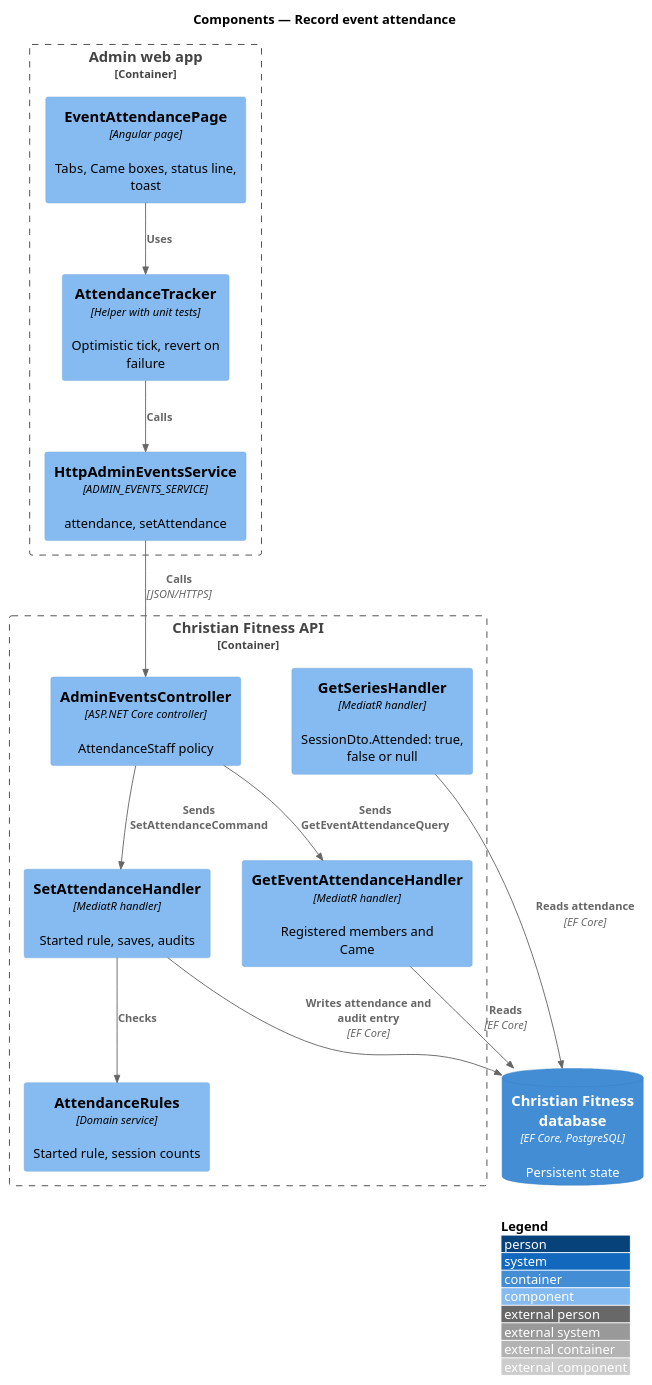
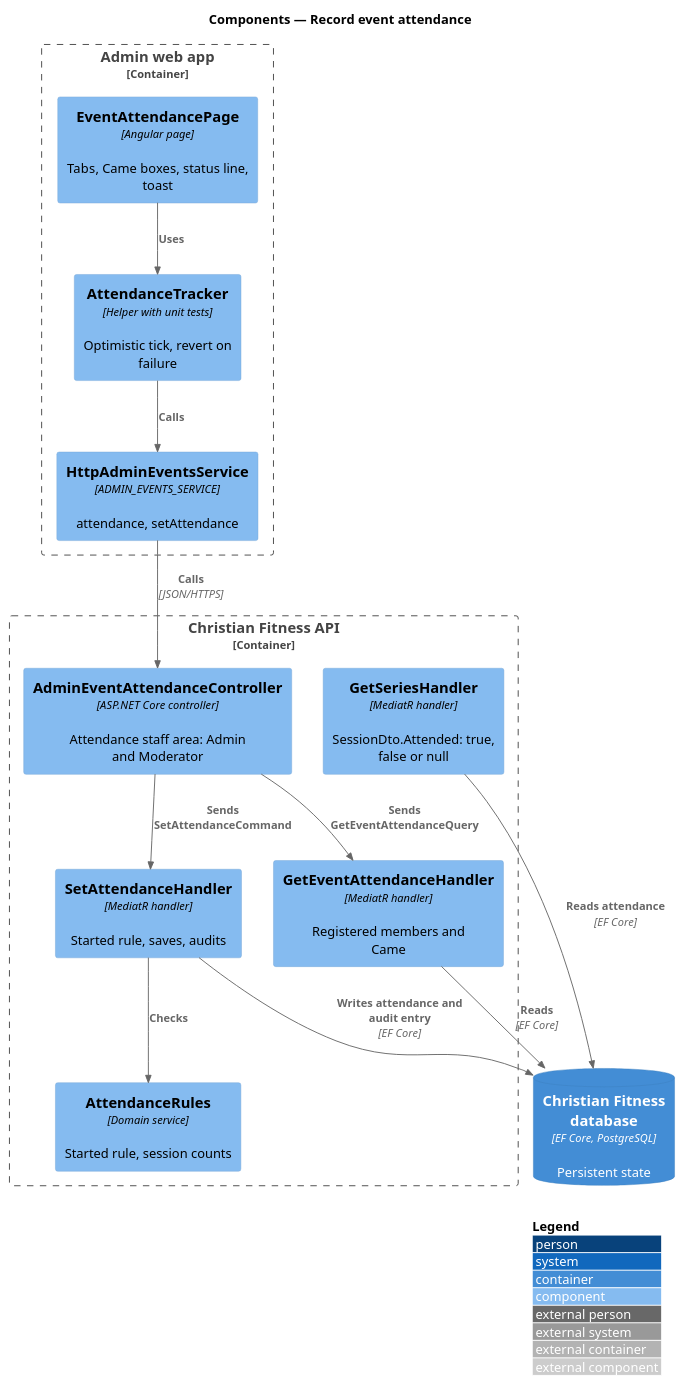
One commit to QuinntyneBrown/christian-fitness changed the diagram in docs/detailed-designs/admin-events/record-attendance/diagrams/c4-component.puml. Above: the diagram before and after it, drawn with PlantUML. The commit also changed 11 other files, not shown here.

First line of the commit message:
Journey 16: ADR 0106, the Attendance staff area, the endpoints, the audit and the busy box agreed across requirement, design and mock

```diff
--- a/docs/detailed-designs/admin-events/record-attendance/diagrams/c4-component.puml
+++ b/docs/detailed-designs/admin-events/record-attendance/diagrams/c4-component.puml
@@ -1,29 +1,29 @@
 @startuml
 !include <C4/C4_Component>
 LAYOUT_WITH_LEGEND()
 title Components — Record event attendance
 
 Container_Boundary(admin, "Admin web app") {
   Component(page, "EventAttendancePage", "Angular page", "Tabs, Came boxes, status line, toast")
   Component(store, "AttendanceTracker", "Helper with unit tests", "Optimistic tick, revert on failure")
   Component(svc, "HttpAdminEventsService", "ADMIN_EVENTS_SERVICE", "attendance, setAttendance")
 }
 Container_Boundary(api, "Christian Fitness API") {
-  Component(ctrl, "AdminEventsController", "ASP.NET Core controller", "AttendanceStaff policy")
+  Component(ctrl, "AdminEventAttendanceController", "ASP.NET Core controller", "Attendance staff area: Admin and Moderator")
   Component(list, "GetEventAttendanceHandler", "MediatR handler", "Registered members and Came")
   Component(set, "SetAttendanceHandler", "MediatR handler", "Started rule, saves, audits")
   Component(rule, "AttendanceRules", "Domain service", "Started rule, session counts")
   Component(series, "GetSeriesHandler", "MediatR handler", "SessionDto.Attended: true, false or null")
 }
 ContainerDb(db, "Christian Fitness database", "EF Core, PostgreSQL", "Persistent state")
 
 Rel(page, store, "Uses")
 Rel(store, svc, "Calls")
 Rel(svc, ctrl, "Calls", "JSON/HTTPS")
 Rel(ctrl, list, "Sends GetEventAttendanceQuery")
 Rel(ctrl, set, "Sends SetAttendanceCommand")
 Rel(set, rule, "Checks")
 Rel(list, db, "Reads", "EF Core")
 Rel(set, db, "Writes attendance and audit entry", "EF Core")
 Rel(series, db, "Reads attendance", "EF Core")
 @enduml
```
